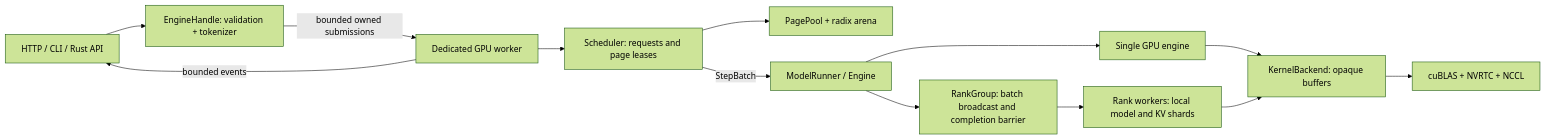
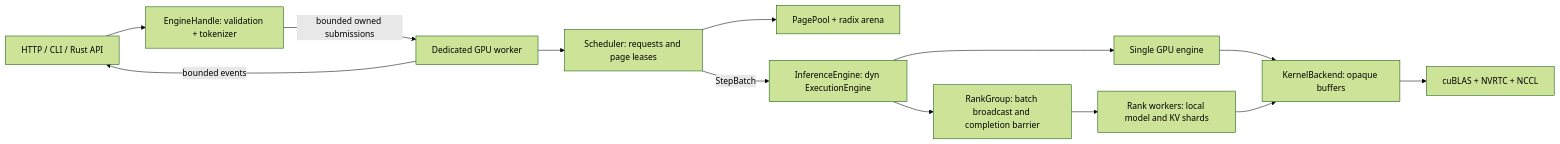
Before and after one commit to mirthfulLee/mini-rsglang: the diagram in docs/architecture.md, drawn with Mermaid (forest theme). The commit also changed other lines of this file and 9 other files, not shown here.

Commit message:
refactor: dispatch inference engines through execution trait

````diff
--- a/docs/architecture.md
+++ b/docs/architecture.md
@@ -3,15 +3,15 @@
 ```mermaid
 flowchart LR
   API[HTTP / CLI / Rust API] --> Handle[EngineHandle: validation + tokenizer]
   Handle -->|bounded owned submissions| Worker[Dedicated GPU worker]
   Worker --> Scheduler[Scheduler: requests and page leases]
   Scheduler --> Cache[PagePool + radix arena]
-  Scheduler -->|StepBatch| Engine[ModelRunner / Engine]
+  Scheduler -->|StepBatch| Engine[InferenceEngine: dyn ExecutionEngine]
   Engine --> Single[Single GPU engine]
   Engine --> Group[RankGroup: batch broadcast and completion barrier]
   Group --> Ranks[Rank workers: local model and KV shards]
   Single --> Kernels[KernelBackend: opaque buffers]
   Ranks --> Kernels
   Kernels --> GPU[cuBLAS + NVRTC + NCCL]
   Worker -->|bounded events| API
 ```
````
